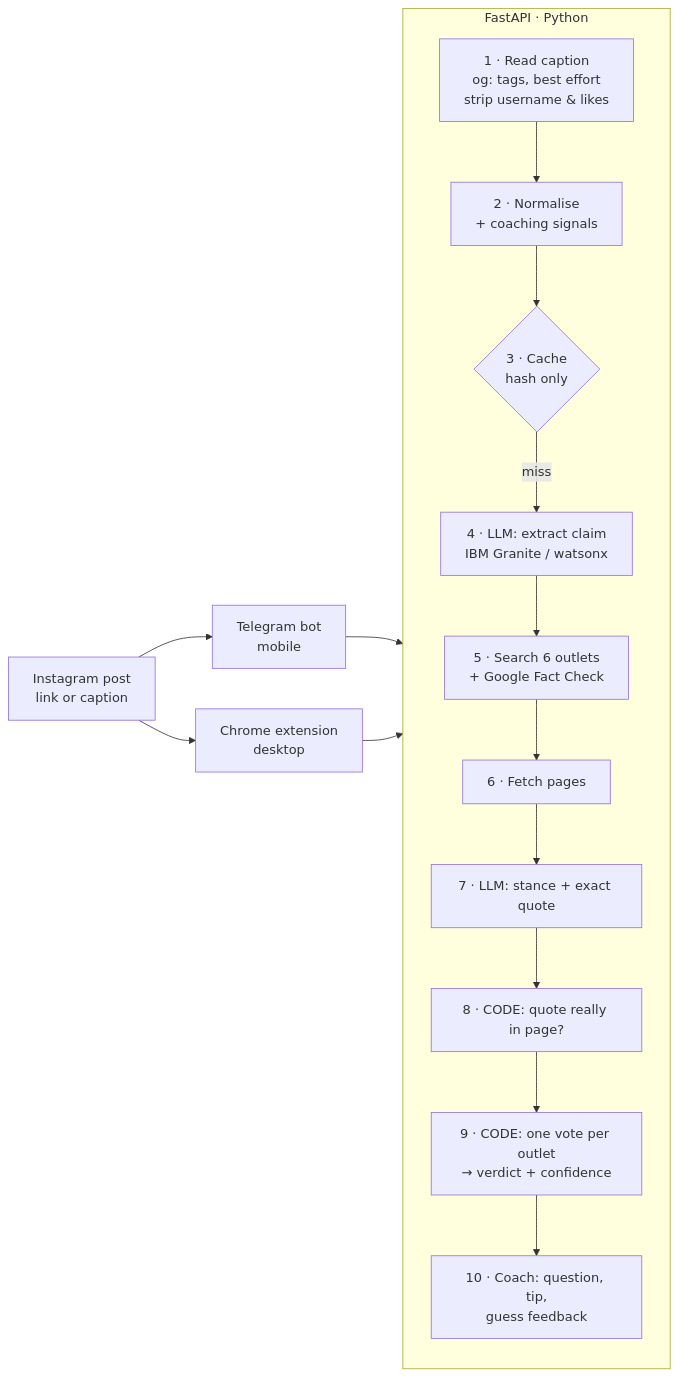
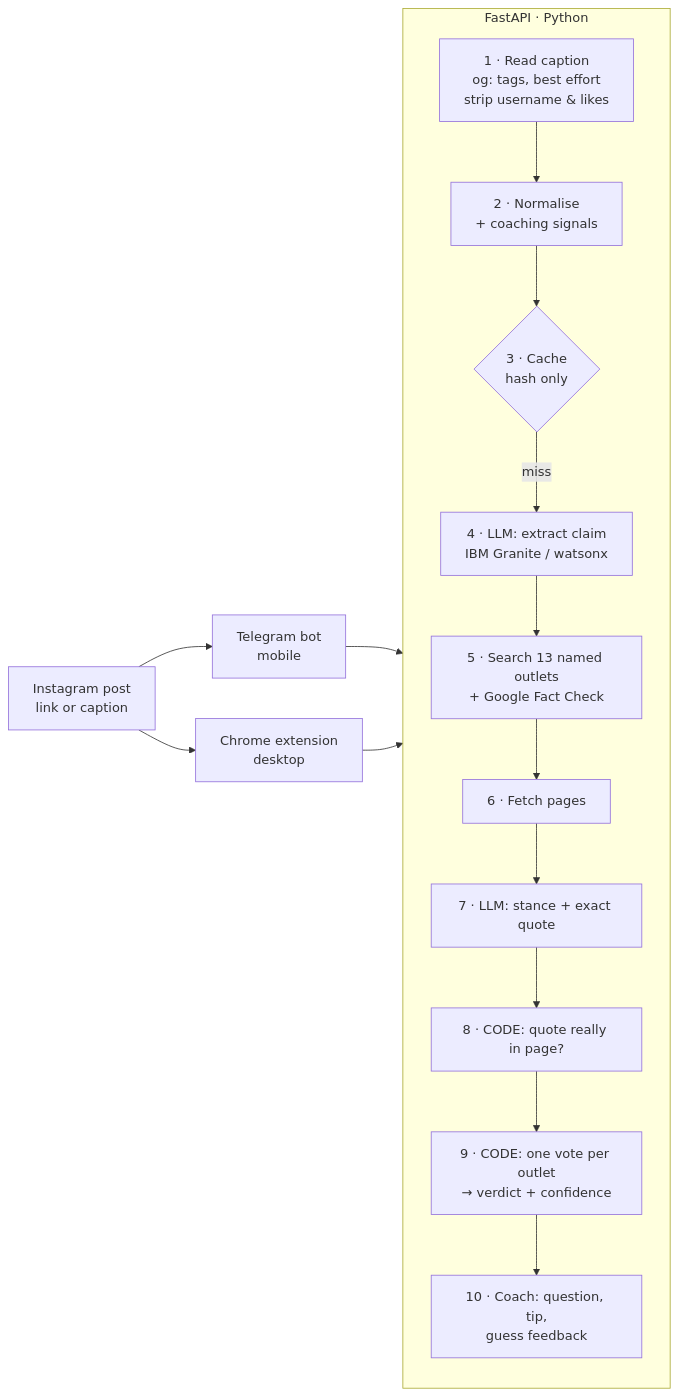
The diagram in README.md (bimbo-22/fact-check-coach), drawn with Mermaid before and after one commit. The commit also changed other lines of this file and 16 other files, not shown here.

Commit message:
Instagram feed badges: local red-flag score on every post + guess-first fact-check in place (opt-out toggle); eval v3 results; snippet minimum and search depth tuned

````diff
--- a/README.md
+++ b/README.md
@@ -13,19 +13,19 @@
 ```mermaid
 flowchart LR
     IG[Instagram post<br/>link or caption] --> TG[Telegram bot<br/>mobile]
     IG --> EXT[Chrome extension<br/>desktop]
     TG --> API
     EXT --> API
     subgraph API[FastAPI · Python]
       direction TB
       A[1 · Read caption<br/>og: tags, best effort<br/>strip username & likes] --> B[2 · Normalise<br/>+ coaching signals]
       B --> C{3 · Cache<br/>hash only}
       C -- miss --> D[4 · LLM: extract claim<br/>IBM Granite / watsonx]
-      D --> E[5 · Search 6 outlets<br/>+ Google Fact Check]
+      D --> E[5 · Search 13 named outlets<br/>+ Google Fact Check]
       E --> F[6 · Fetch pages]
       F --> G[7 · LLM: stance + exact quote]
       G --> H[8 · CODE: quote really in page?]
       H --> I[9 · CODE: one vote per outlet<br/>→ verdict + confidence]
       I --> J[10 · Coach: question, tip,<br/>guess feedback]
     end
 ```
````
